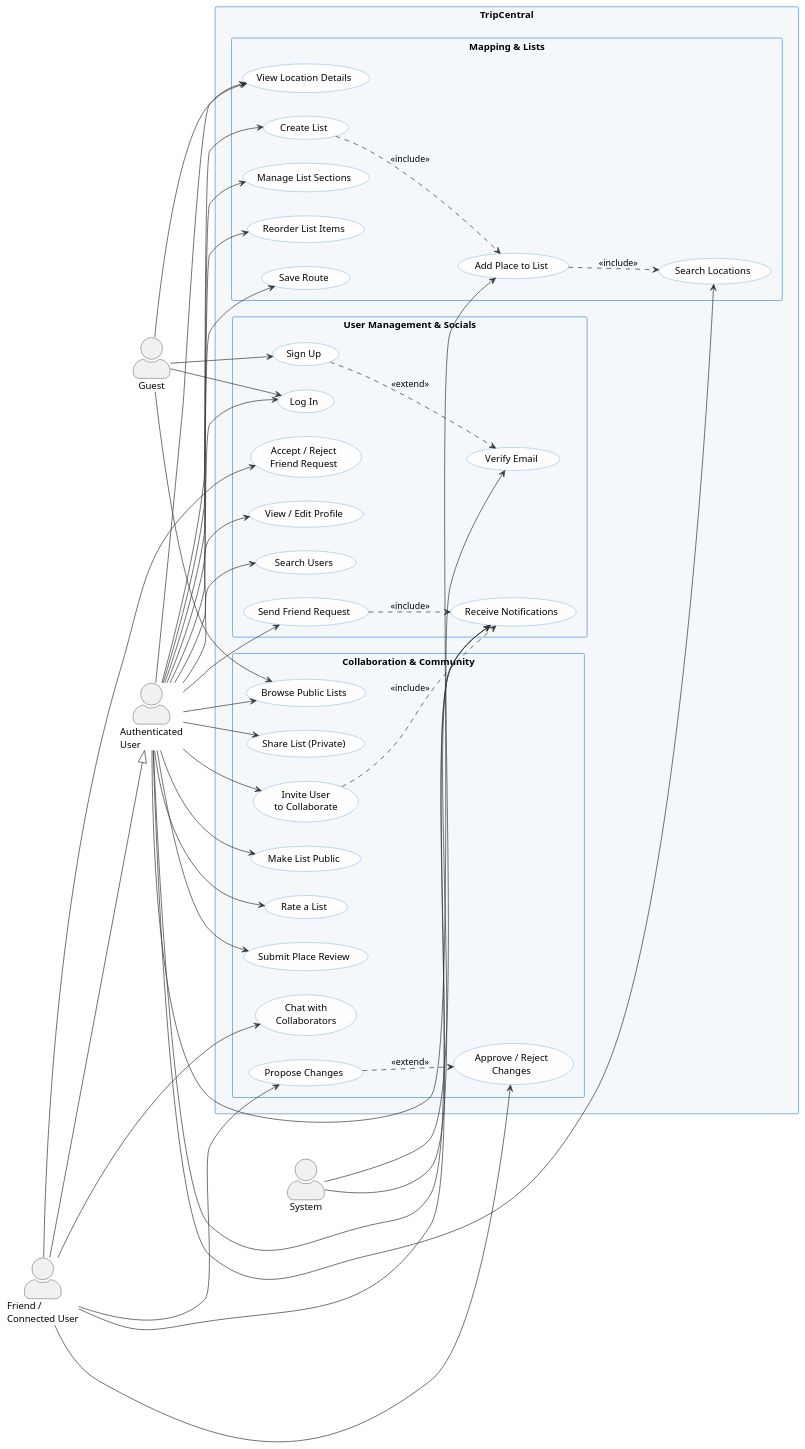
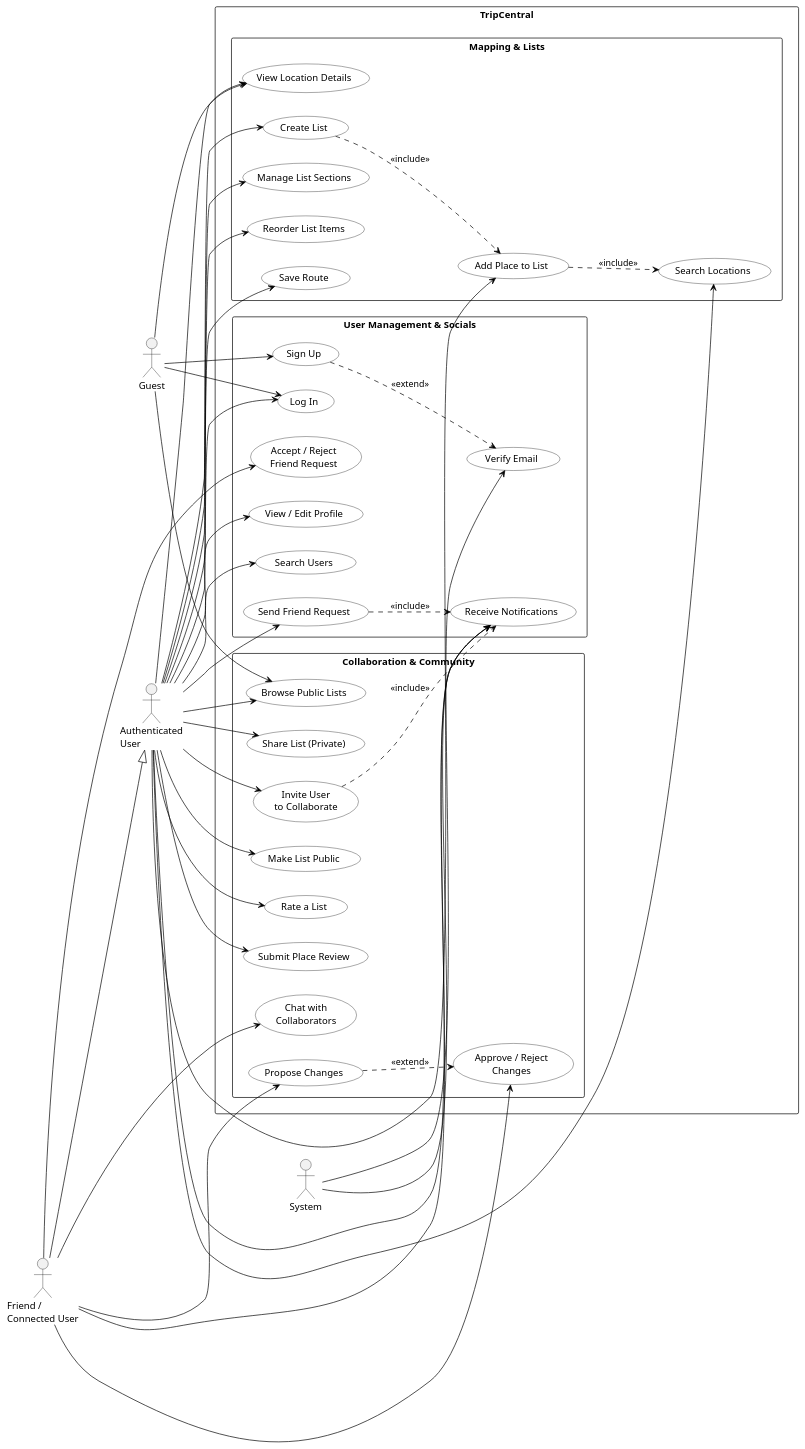
The diagram in docs/use-case-diagram.md (Rafee-M/TripCentral), drawn with PlantUML before and after one commit.

Commit message:
Update use case diagram to use stick-figure actors and black-and-white academic style

```diff
--- a/docs/use-case-diagram.md
+++ b/docs/use-case-diagram.md
@@ -67,15 +67,16 @@
 @startuml TripCentral_UseCaseDiagram
 
 left to right direction
-skinparam actorStyle awesome
+
 skinparam packageStyle rectangle
-skinparam usecaseBackgroundColor #FEFEFE
-skinparam usecaseBorderColor #4A90D9
-skinparam rectangleBackgroundColor #F4F8FB
-skinparam rectangleBorderColor #4A90D9
-skinparam arrowColor #333333
+skinparam usecaseBackgroundColor White
+skinparam usecaseBorderColor Black
+skinparam rectangleBorderColor Black
+skinparam rectangleBackgroundColor White
+skinparam arrowColor Black
+skinparam actorBorderColor Black
 
-' ── Actors ──────────────────────────────────────────────
+' ── Actors (stick figures) ──────────────────────────────
 actor "Guest" as Guest
 actor "Authenticated\nUser" as AuthUser
 actor "Friend /\nConnected User" as Friend
```
